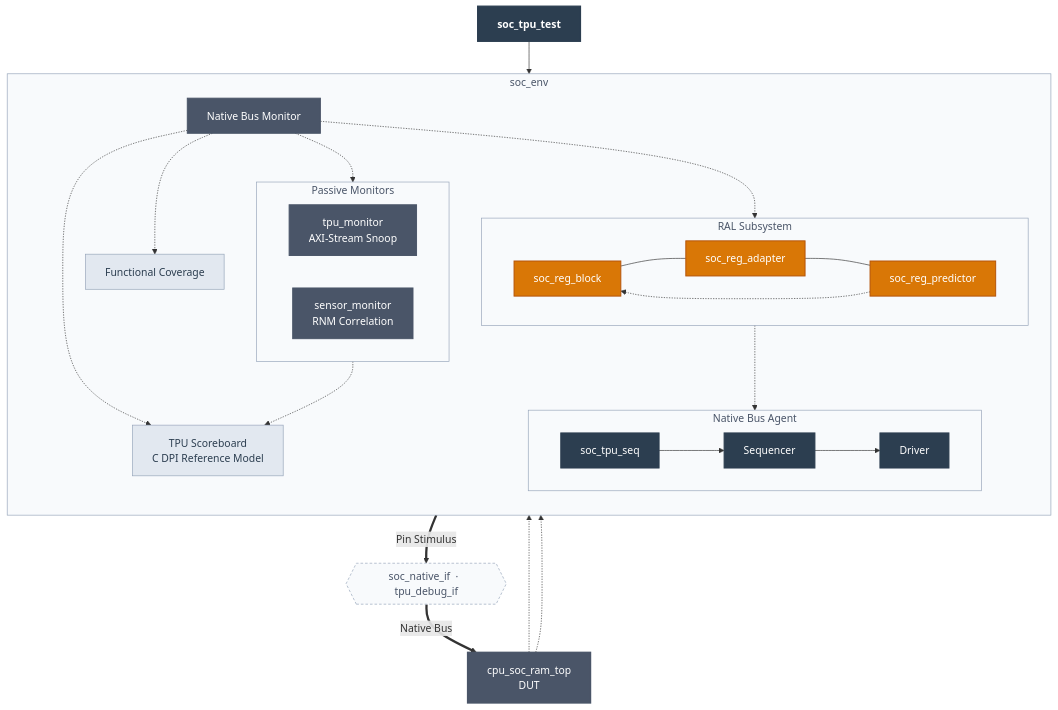
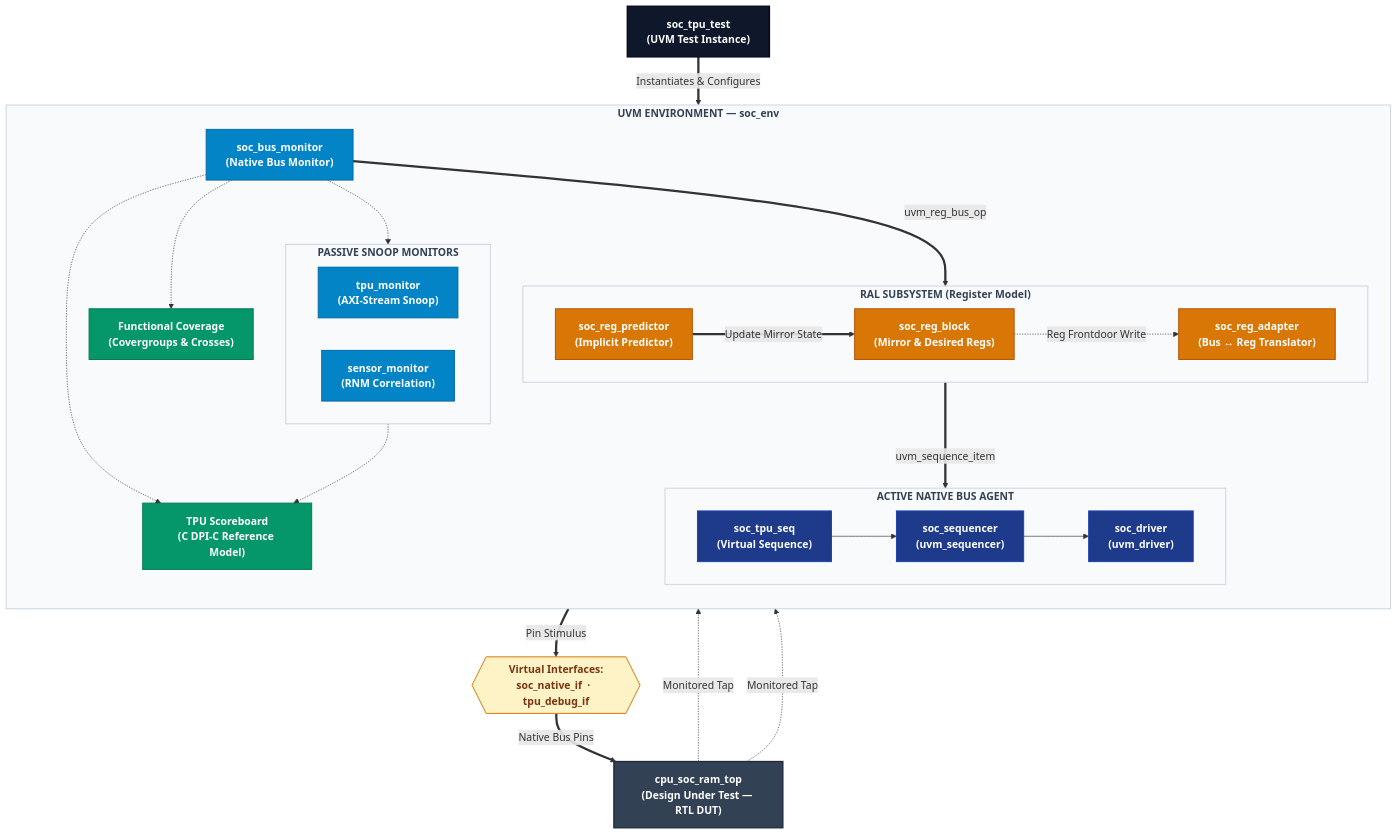
The diagram in RISCV-VDP-SoC/uvm_arch.mmd (KapoorAkshit18/RISCV-VDP-SoC), drawn with Mermaid before and after one commit. The commit also changed 213 other files, not shown here.

```diff
--- a/RISCV-VDP-SoC/uvm_arch.mmd
+++ b/RISCV-VDP-SoC/uvm_arch.mmd
@@ -1,65 +1,77 @@
 graph TB
-    classDef test   fill:#2C3E50,stroke:#2C3E50,stroke-width:2px,color:#fff,font-weight:bold
-    classDef agent  fill:#2C3E50,stroke:#2C3E50,stroke-width:1.5px,color:#fff
-    classDef ral    fill:#D97706,stroke:#B45309,stroke-width:1.5px,color:#fff
-    classDef mon    fill:#4A5568,stroke:#4A5568,stroke-width:1.5px,color:#fff
-    classDef sb     fill:#E2E8F0,stroke:#94A3B8,stroke-width:1px,color:#2C3E50
-    classDef iface  fill:#F8FAFC,stroke:#94A3B8,stroke-width:1px,stroke-dasharray:4 3,color:#4A5568
-    classDef dut    fill:#4A5568,stroke:#4A5568,stroke-width:2px,color:#fff
-    classDef grp    fill:#F8FAFC,stroke:#94A3B8,stroke-width:1px,color:#4A5568
+    %% --- CLASS DEFINITIONS (Publication Palette) ---
+    classDef testStyle   fill:#0F172A,stroke:#020617,stroke-width:2px,color:#FFFFFF,font-weight:bold
+    classDef agentStyle  fill:#1E3A8A,stroke:#1E40AF,stroke-width:1.5px,color:#FFFFFF,font-weight:bold
+    classDef ralStyle    fill:#D97706,stroke:#B45309,stroke-width:1.5px,color:#FFFFFF,font-weight:bold
+    classDef monStyle    fill:#0284C7,stroke:#0369A1,stroke-width:1.5px,color:#FFFFFF,font-weight:bold
+    classDef scbStyle    fill:#059669,stroke:#047857,stroke-width:1.5px,color:#FFFFFF,font-weight:bold
+    classDef ifaceStyle  fill:#FEF3C7,stroke:#D97706,stroke-width:1.5px,color:#78350F,font-weight:bold
+    classDef dutStyle    fill:#334155,stroke:#1E293B,stroke-width:2px,color:#FFFFFF,font-weight:bold
+    classDef groupStyle  fill:#F8FAFC,stroke:#CBD5E1,stroke-width:1.5px,color:#334155,font-weight:bold
 
-    TEST["soc_tpu_test"]
+    %% --- TOP UVM TEST ---
+    TEST["soc_tpu_test<br/>(UVM Test Instance)"]
 
-    subgraph ENV ["soc_env"]
+    %% --- UVM ENVIRONMENT CONTAINER ---
+    subgraph ENV ["UVM ENVIRONMENT — soc_env"]
         direction TB
 
-        subgraph RAL_SUB ["RAL Subsystem"]
+        %% ACTIVE NATIVE BUS AGENT
+        subgraph AGT ["ACTIVE NATIVE BUS AGENT"]
             direction LR
-            RBLK["soc_reg_block"]
-            RADP["soc_reg_adapter"]
-            RPRD["soc_reg_predictor"]
-            RBLK --- RADP --- RPRD
+            SEQ["soc_tpu_seq<br/>(Virtual Sequence)"] --> SQCR["soc_sequencer<br/>(uvm_sequencer)"] --> DRV["soc_driver<br/>(uvm_driver)"]
         end
 
-        subgraph AGT ["Native Bus Agent"]
+        %% RAL SUBSYSTEM
+        subgraph RAL_SUB ["RAL SUBSYSTEM (Register Model)"]
             direction LR
-            SEQ["soc_tpu_seq"]
-            SQCR["Sequencer"]
-            DRV["Driver"]
-            SEQ --> SQCR --> DRV
+            RBLK["soc_reg_block<br/>(Mirror &amp; Desired Regs)"]
+            RADP["soc_reg_adapter<br/>(Bus ↔ Reg Translator)"]
+            RPRD["soc_reg_predictor<br/>(Implicit Predictor)"]
+            RBLK -.->|"Reg Frontdoor Write"| RADP
         end
 
-        subgraph PASS ["Passive Monitors"]
+        %% PASSIVE MONITORS
+        subgraph PASS ["PASSIVE SNOOP MONITORS"]
             direction LR
-            TPUMON["tpu_monitor\nAXI-Stream Snoop"]
-            SENMON["sensor_monitor\nRNM Correlation"]
+            TPUMON["tpu_monitor<br/>(AXI-Stream Snoop)"]
+            SENMON["sensor_monitor<br/>(RNM Correlation)"]
         end
 
-        MON["Native Bus Monitor"]
-        TPUSCB["TPU Scoreboard\nC DPI Reference Model"]
-        COV["Functional Coverage"]
+        MON["soc_bus_monitor<br/>(Native Bus Monitor)"]
+
+        %% CHECKERS & COVERAGE
+        TPUSCB["TPU Scoreboard<br/>(C DPI-C Reference Model)"]
+        COV["Functional Coverage<br/>(Covergroups &amp; Crosses)"]
     end
 
-    VIF{{"soc_native_if  ·  tpu_debug_if"}}
-    DUT["cpu_soc_ram_top\nDUT"]
+    %% INTERFACE & DUT BOUNDARY
+    VIF{{"Virtual Interfaces:<br/>soc_native_if  ·  tpu_debug_if"}}
+    DUT["cpu_soc_ram_top<br/>(Design Under Test — RTL DUT)"]
 
-    TEST --> ENV
+    %% --- CONNECTIONS & DATAFLOW ---
+    TEST ==>|"Instantiates &amp; Configures"| ENV
 
-    RADP -.-> SQCR
-    MON  -.-> RPRD -.-> RBLK
-    MON  -.-> TPUSCB & COV & SENMON
+    %% RAL & Sequencer Interplay
+    RADP ==>|"uvm_sequence_item"| SQCR
+    MON ==>|"uvm_reg_bus_op"| RPRD
+    RPRD ==>|"Update Mirror State"| RBLK
+
+    %% Monitor to Checker Routing
+    MON -.-> TPUSCB & COV & SENMON
     TPUMON -.-> TPUSCB
 
-    DRV  ==>|"Pin Stimulus"| VIF
-    VIF  ==>|"Native Bus"| DUT
-    DUT  -.-> MON
-    DUT  -.-> TPUMON
+    %% Physical Interface Signal Flow
+    DRV ==>|"Pin Stimulus"| VIF
+    VIF ==>|"Native Bus Pins"| DUT
+    DUT -.->|"Monitored Tap"| MON & TPUMON
 
-    class TEST test
-    class RBLK,RADP,RPRD ral
-    class SEQ,SQCR,DRV agent
-    class MON,TPUMON,SENMON mon
-    class TPUSCB,COV sb
-    class VIF iface
-    class DUT dut
-    class ENV,RAL_SUB,AGT,PASS grp
+    %% --- CLASS ASSIGNMENTS ---
+    class TEST testStyle
+    class RBLK,RADP,RPRD ralStyle
+    class SEQ,SQCR,DRV agentStyle
+    class MON,TPUMON,SENMON monStyle
+    class TPUSCB,COV scbStyle
+    class VIF ifaceStyle
+    class DUT dutStyle
+    class ENV,RAL_SUB,AGT,PASS groupStyle
```
